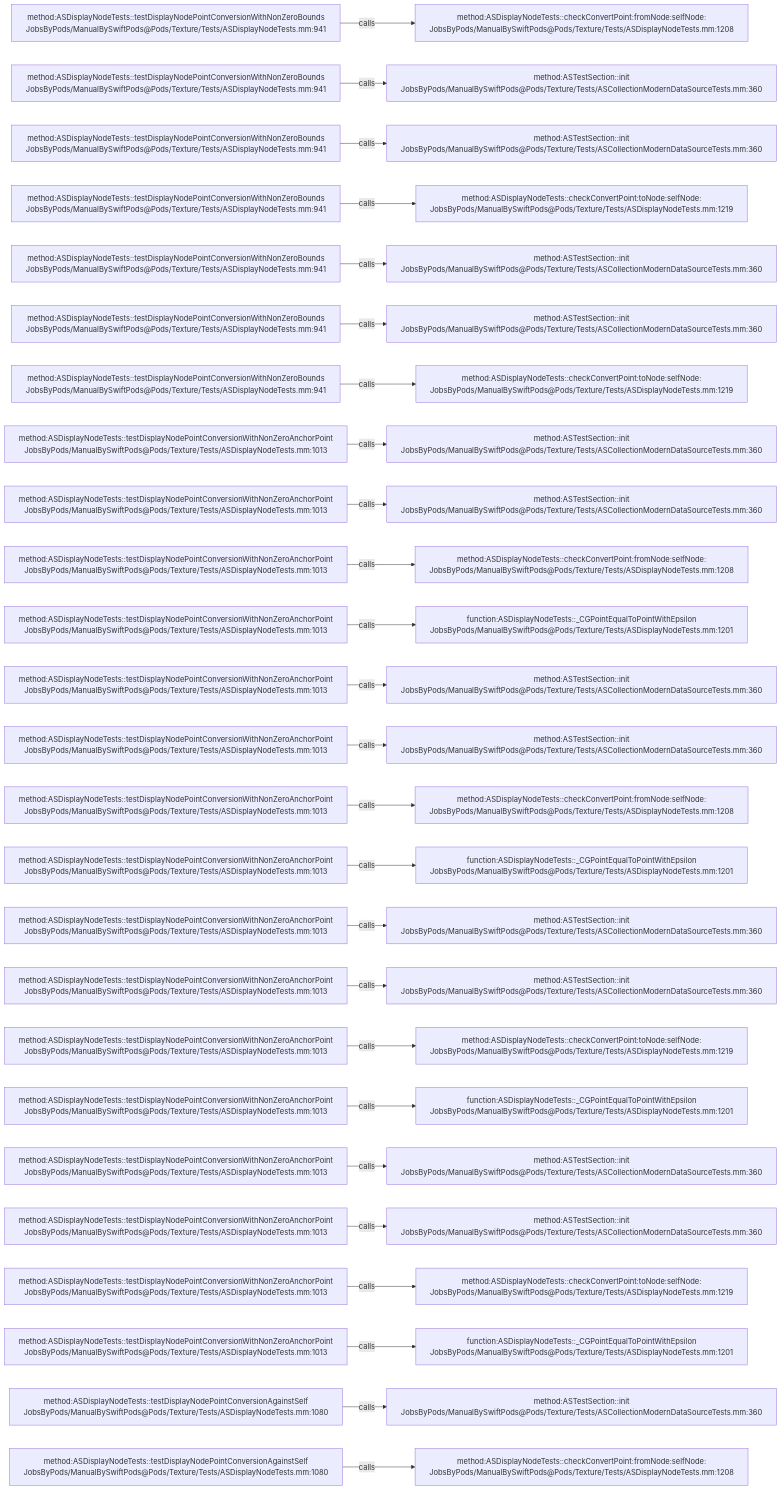
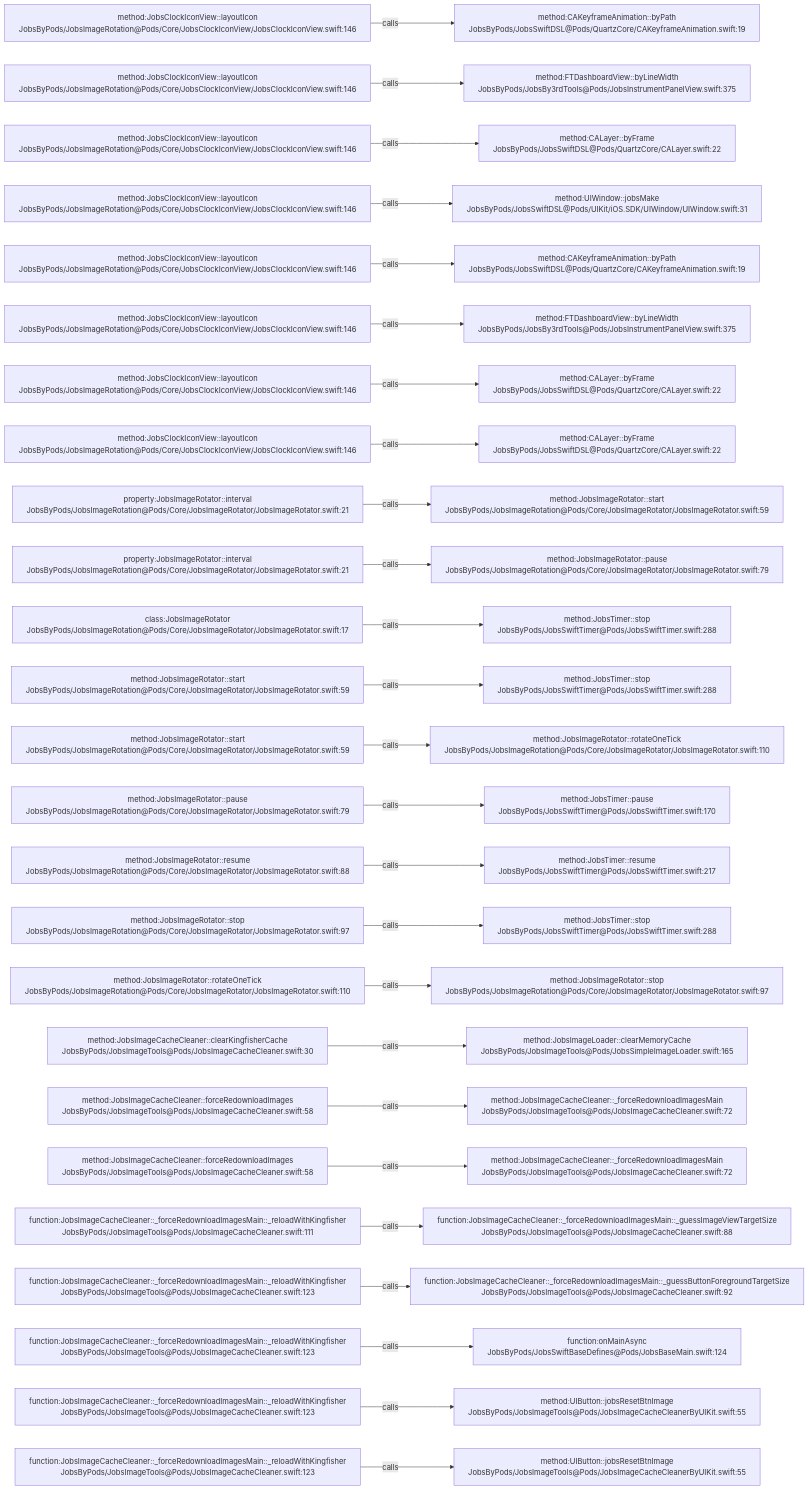
One commit to JobsKits/JobsSwiftBaseConfigDemo changed the diagram in .codegraph/codegraph.md/graphs/calls-189.md. Above: the diagram before and after it, drawn with Mermaid. The commit also changed 224 other files, not shown here.

````diff
--- a/.codegraph/codegraph.md/graphs/calls-189.md
+++ b/.codegraph/codegraph.md/graphs/calls-189.md
@@ -13,78 +13,78 @@
 ```mermaid
 flowchart LR
-  S1["method:ASDisplayNodeTests::testDisplayNodePointConversionWithNonZeroBounds<br/>JobsByPods/ManualBySwiftPods@Pods/Texture/Tests/ASDisplayNodeTests.mm:941"]
-  T1["method:ASDisplayNodeTests::checkConvertPoint:fromNode:selfNode:<br/>JobsByPods/ManualBySwiftPods@Pods/Texture/Tests/ASDisplayNodeTests.mm:1208"]
+  S1["method:JobsClockIconView::layoutIcon<br/>JobsByPods/JobsImageRotation@Pods/Core/JobsClockIconView/JobsClockIconView.swift:146"]
+  T1["method:CAKeyframeAnimation::byPath<br/>JobsByPods/JobsSwiftDSL@Pods/QuartzCore/CAKeyframeAnimation.swift:19"]
   S1 -->|calls| T1
-  S2["method:ASDisplayNodeTests::testDisplayNodePointConversionWithNonZeroBounds<br/>JobsByPods/ManualBySwiftPods@Pods/Texture/Tests/ASDisplayNodeTests.mm:941"]
-  T2["method:ASTestSection::init<br/>JobsByPods/ManualBySwiftPods@Pods/Texture/Tests/ASCollectionModernDataSourceTests.mm:360"]
+  S2["method:JobsClockIconView::layoutIcon<br/>JobsByPods/JobsImageRotation@Pods/Core/JobsClockIconView/JobsClockIconView.swift:146"]
+  T2["method:FTDashboardView::byLineWidth<br/>JobsByPods/JobsBy3rdTools@Pods/JobsInstrumentPanelView.swift:375"]
   S2 -->|calls| T2
-  S3["method:ASDisplayNodeTests::testDisplayNodePointConversionWithNonZeroBounds<br/>JobsByPods/ManualBySwiftPods@Pods/Texture/Tests/ASDisplayNodeTests.mm:941"]
-  T3["method:ASTestSection::init<br/>JobsByPods/ManualBySwiftPods@Pods/Texture/Tests/ASCollectionModernDataSourceTests.mm:360"]
+  S3["method:JobsClockIconView::layoutIcon<br/>JobsByPods/JobsImageRotation@Pods/Core/JobsClockIconView/JobsClockIconView.swift:146"]
+  T3["method:CALayer::byFrame<br/>JobsByPods/JobsSwiftDSL@Pods/QuartzCore/CALayer.swift:22"]
   S3 -->|calls| T3
-  S4["method:ASDisplayNodeTests::testDisplayNodePointConversionWithNonZeroBounds<br/>JobsByPods/ManualBySwiftPods@Pods/Texture/Tests/ASDisplayNodeTests.mm:941"]
-  T4["method:ASDisplayNodeTests::checkConvertPoint:toNode:selfNode:<br/>JobsByPods/ManualBySwiftPods@Pods/Texture/Tests/ASDisplayNodeTests.mm:1219"]
+  S4["method:JobsClockIconView::layoutIcon<br/>JobsByPods/JobsImageRotation@Pods/Core/JobsClockIconView/JobsClockIconView.swift:146"]
+  T4["method:UIWindow::jobsMake<br/>JobsByPods/JobsSwiftDSL@Pods/UIKit/iOS.SDK/UIWindow/UIWindow.swift:31"]
   S4 -->|calls| T4
-  S5["method:ASDisplayNodeTests::testDisplayNodePointConversionWithNonZeroBounds<br/>JobsByPods/ManualBySwiftPods@Pods/Texture/Tests/ASDisplayNodeTests.mm:941"]
-  T5["method:ASTestSection::init<br/>JobsByPods/ManualBySwiftPods@Pods/Texture/Tests/ASCollectionModernDataSourceTests.mm:360"]
+  S5["method:JobsClockIconView::layoutIcon<br/>JobsByPods/JobsImageRotation@Pods/Core/JobsClockIconView/JobsClockIconView.swift:146"]
+  T5["method:CAKeyframeAnimation::byPath<br/>JobsByPods/JobsSwiftDSL@Pods/QuartzCore/CAKeyframeAnimation.swift:19"]
   S5 -->|calls| T5
-  S6["method:ASDisplayNodeTests::testDisplayNodePointConversionWithNonZeroBounds<br/>JobsByPods/ManualBySwiftPods@Pods/Texture/Tests/ASDisplayNodeTests.mm:941"]
-  T6["method:ASTestSection::init<br/>JobsByPods/ManualBySwiftPods@Pods/Texture/Tests/ASCollectionModernDataSourceTests.mm:360"]
+  S6["method:JobsClockIconView::layoutIcon<br/>JobsByPods/JobsImageRotation@Pods/Core/JobsClockIconView/JobsClockIconView.swift:146"]
+  T6["method:FTDashboardView::byLineWidth<br/>JobsByPods/JobsBy3rdTools@Pods/JobsInstrumentPanelView.swift:375"]
   S6 -->|calls| T6
-  S7["method:ASDisplayNodeTests::testDisplayNodePointConversionWithNonZeroBounds<br/>JobsByPods/ManualBySwiftPods@Pods/Texture/Tests/ASDisplayNodeTests.mm:941"]
-  T7["method:ASDisplayNodeTests::checkConvertPoint:toNode:selfNode:<br/>JobsByPods/ManualBySwiftPods@Pods/Texture/Tests/ASDisplayNodeTests.mm:1219"]
+  S7["method:JobsClockIconView::layoutIcon<br/>JobsByPods/JobsImageRotation@Pods/Core/JobsClockIconView/JobsClockIconView.swift:146"]
+  T7["method:CALayer::byFrame<br/>JobsByPods/JobsSwiftDSL@Pods/QuartzCore/CALayer.swift:22"]
   S7 -->|calls| T7
-  S8["method:ASDisplayNodeTests::testDisplayNodePointConversionWithNonZeroAnchorPoint<br/>JobsByPods/ManualBySwiftPods@Pods/Texture/Tests/ASDisplayNodeTests.mm:1013"]
-  T8["method:ASTestSection::init<br/>JobsByPods/ManualBySwiftPods@Pods/Texture/Tests/ASCollectionModernDataSourceTests.mm:360"]
+  S8["method:JobsClockIconView::layoutIcon<br/>JobsByPods/JobsImageRotation@Pods/Core/JobsClockIconView/JobsClockIconView.swift:146"]
+  T8["method:CALayer::byFrame<br/>JobsByPods/JobsSwiftDSL@Pods/QuartzCore/CALayer.swift:22"]
   S8 -->|calls| T8
-  S9["method:ASDisplayNodeTests::testDisplayNodePointConversionWithNonZeroAnchorPoint<br/>JobsByPods/ManualBySwiftPods@Pods/Texture/Tests/ASDisplayNodeTests.mm:1013"]
-  T9["method:ASTestSection::init<br/>JobsByPods/ManualBySwiftPods@Pods/Texture/Tests/ASCollectionModernDataSourceTests.mm:360"]
+  S9["property:JobsImageRotator::interval<br/>JobsByPods/JobsImageRotation@Pods/Core/JobsImageRotator/JobsImageRotator.swift:21"]
+  T9["method:JobsImageRotator::start<br/>JobsByPods/JobsImageRotation@Pods/Core/JobsImageRotator/JobsImageRotator.swift:59"]
   S9 -->|calls| T9
-  S10["method:ASDisplayNodeTests::testDisplayNodePointConversionWithNonZeroAnchorPoint<br/>JobsByPods/ManualBySwiftPods@Pods/Texture/Tests/ASDisplayNodeTests.mm:1013"]
-  T10["method:ASDisplayNodeTests::checkConvertPoint:fromNode:selfNode:<br/>JobsByPods/ManualBySwiftPods@Pods/Texture/Tests/ASDisplayNodeTests.mm:1208"]
+  S10["property:JobsImageRotator::interval<br/>JobsByPods/JobsImageRotation@Pods/Core/JobsImageRotator/JobsImageRotator.swift:21"]
+  T10["method:JobsImageRotator::pause<br/>JobsByPods/JobsImageRotation@Pods/Core/JobsImageRotator/JobsImageRotator.swift:79"]
   S10 -->|calls| T10
-  S11["method:ASDisplayNodeTests::testDisplayNodePointConversionWithNonZeroAnchorPoint<br/>JobsByPods/ManualBySwiftPods@Pods/Texture/Tests/ASDisplayNodeTests.mm:1013"]
-  T11["function:ASDisplayNodeTests::_CGPointEqualToPointWithEpsilon<br/>JobsByPods/ManualBySwiftPods@Pods/Texture/Tests/ASDisplayNodeTests.mm:1201"]
+  S11["class:JobsImageRotator<br/>JobsByPods/JobsImageRotation@Pods/Core/JobsImageRotator/JobsImageRotator.swift:17"]
+  T11["method:JobsTimer::stop<br/>JobsByPods/JobsSwiftTimer@Pods/JobsSwiftTimer.swift:288"]
   S11 -->|calls| T11
-  S12["method:ASDisplayNodeTests::testDisplayNodePointConversionWithNonZeroAnchorPoint<br/>JobsByPods/ManualBySwiftPods@Pods/Texture/Tests/ASDisplayNodeTests.mm:1013"]
-  T12["method:ASTestSection::init<br/>JobsByPods/ManualBySwiftPods@Pods/Texture/Tests/ASCollectionModernDataSourceTests.mm:360"]
+  S12["method:JobsImageRotator::start<br/>JobsByPods/JobsImageRotation@Pods/Core/JobsImageRotator/JobsImageRotator.swift:59"]
+  T12["method:JobsTimer::stop<br/>JobsByPods/JobsSwiftTimer@Pods/JobsSwiftTimer.swift:288"]
   S12 -->|calls| T12
-  S13["method:ASDisplayNodeTests::testDisplayNodePointConversionWithNonZeroAnchorPoint<br/>JobsByPods/ManualBySwiftPods@Pods/Texture/Tests/ASDisplayNodeTests.mm:1013"]
-  T13["method:ASTestSection::init<br/>JobsByPods/ManualBySwiftPods@Pods/Texture/Tests/ASCollectionModernDataSourceTests.mm:360"]
+  S13["method:JobsImageRotator::start<br/>JobsByPods/JobsImageRotation@Pods/Core/JobsImageRotator/JobsImageRotator.swift:59"]
+  T13["method:JobsImageRotator::rotateOneTick<br/>JobsByPods/JobsImageRotation@Pods/Core/JobsImageRotator/JobsImageRotator.swift:110"]
   S13 -->|calls| T13
-  S14["method:ASDisplayNodeTests::testDisplayNodePointConversionWithNonZeroAnchorPoint<br/>JobsByPods/ManualBySwiftPods@Pods/Texture/Tests/ASDisplayNodeTests.mm:1013"]
-  T14["method:ASDisplayNodeTests::checkConvertPoint:fromNode:selfNode:<br/>JobsByPods/ManualBySwiftPods@Pods/Texture/Tests/ASDisplayNodeTests.mm:1208"]
+  S14["method:JobsImageRotator::pause<br/>JobsByPods/JobsImageRotation@Pods/Core/JobsImageRotator/JobsImageRotator.swift:79"]
+  T14["method:JobsTimer::pause<br/>JobsByPods/JobsSwiftTimer@Pods/JobsSwiftTimer.swift:170"]
   S14 -->|calls| T14
-  S15["method:ASDisplayNodeTests::testDisplayNodePointConversionWithNonZeroAnchorPoint<br/>JobsByPods/ManualBySwiftPods@Pods/Texture/Tests/ASDisplayNodeTests.mm:1013"]
-  T15["function:ASDisplayNodeTests::_CGPointEqualToPointWithEpsilon<br/>JobsByPods/ManualBySwiftPods@Pods/Texture/Tests/ASDisplayNodeTests.mm:1201"]
+  S15["method:JobsImageRotator::resume<br/>JobsByPods/JobsImageRotation@Pods/Core/JobsImageRotator/JobsImageRotator.swift:88"]
+  T15["method:JobsTimer::resume<br/>JobsByPods/JobsSwiftTimer@Pods/JobsSwiftTimer.swift:217"]
   S15 -->|calls| T15
-  S16["method:ASDisplayNodeTests::testDisplayNodePointConversionWithNonZeroAnchorPoint<br/>JobsByPods/ManualBySwiftPods@Pods/Texture/Tests/ASDisplayNodeTests.mm:1013"]
-  T16["method:ASTestSection::init<br/>JobsByPods/ManualBySwiftPods@Pods/Texture/Tests/ASCollectionModernDataSourceTests.mm:360"]
+  S16["method:JobsImageRotator::stop<br/>JobsByPods/JobsImageRotation@Pods/Core/JobsImageRotator/JobsImageRotator.swift:97"]
+  T16["method:JobsTimer::stop<br/>JobsByPods/JobsSwiftTimer@Pods/JobsSwiftTimer.swift:288"]
   S16 -->|calls| T16
-  S17["method:ASDisplayNodeTests::testDisplayNodePointConversionWithNonZeroAnchorPoint<br/>JobsByPods/ManualBySwiftPods@Pods/Texture/Tests/ASDisplayNodeTests.mm:1013"]
-  T17["method:ASTestSection::init<br/>JobsByPods/ManualBySwiftPods@Pods/Texture/Tests/ASCollectionModernDataSourceTests.mm:360"]
+  S17["method:JobsImageRotator::rotateOneTick<br/>JobsByPods/JobsImageRotation@Pods/Core/JobsImageRotator/JobsImageRotator.swift:110"]
+  T17["method:JobsImageRotator::stop<br/>JobsByPods/JobsImageRotation@Pods/Core/JobsImageRotator/JobsImageRotator.swift:97"]
   S17 -->|calls| T17
-  S18["method:ASDisplayNodeTests::testDisplayNodePointConversionWithNonZeroAnchorPoint<br/>JobsByPods/ManualBySwiftPods@Pods/Texture/Tests/ASDisplayNodeTests.mm:1013"]
-  T18["method:ASDisplayNodeTests::checkConvertPoint:toNode:selfNode:<br/>JobsByPods/ManualBySwiftPods@Pods/Texture/Tests/ASDisplayNodeTests.mm:1219"]
+  S18["method:JobsImageCacheCleaner::clearKingfisherCache<br/>JobsByPods/JobsImageTools@Pods/JobsImageCacheCleaner.swift:30"]
+  T18["method:JobsImageLoader::clearMemoryCache<br/>JobsByPods/JobsImageTools@Pods/JobsSimpleImageLoader.swift:165"]
   S18 -->|calls| T18
-  S19["method:ASDisplayNodeTests::testDisplayNodePointConversionWithNonZeroAnchorPoint<br/>JobsByPods/ManualBySwiftPods@Pods/Texture/Tests/ASDisplayNodeTests.mm:1013"]
-  T19["function:ASDisplayNodeTests::_CGPointEqualToPointWithEpsilon<br/>JobsByPods/ManualBySwiftPods@Pods/Texture/Tests/ASDisplayNodeTests.mm:1201"]
+  S19["method:JobsImageCacheCleaner::forceRedownloadImages<br/>JobsByPods/JobsImageTools@Pods/JobsImageCacheCleaner.swift:58"]
+  T19["method:JobsImageCacheCleaner::_forceRedownloadImagesMain<br/>JobsByPods/JobsImageTools@Pods/JobsImageCacheCleaner.swift:72"]
   S19 -->|calls| T19
-  S20["method:ASDisplayNodeTests::testDisplayNodePointConversionWithNonZeroAnchorPoint<br/>JobsByPods/ManualBySwiftPods@Pods/Texture/Tests/ASDisplayNodeTests.mm:1013"]
-  T20["method:ASTestSection::init<br/>JobsByPods/ManualBySwiftPods@Pods/Texture/Tests/ASCollectionModernDataSourceTests.mm:360"]
+  S20["method:JobsImageCacheCleaner::forceRedownloadImages<br/>JobsByPods/JobsImageTools@Pods/JobsImageCacheCleaner.swift:58"]
+  T20["method:JobsImageCacheCleaner::_forceRedownloadImagesMain<br/>JobsByPods/JobsImageTools@Pods/JobsImageCacheCleaner.swift:72"]
   S20 -->|calls| T20
-  S21["method:ASDisplayNodeTests::testDisplayNodePointConversionWithNonZeroAnchorPoint<br/>JobsByPods/ManualBySwiftPods@Pods/Texture/Tests/ASDisplayNodeTests.mm:1013"]
-  T21["method:ASTestSection::init<br/>JobsByPods/ManualBySwiftPods@Pods/Texture/Tests/ASCollectionModernDataSourceTests.mm:360"]
+  S21["function:JobsImageCacheCleaner::_forceRedownloadImagesMain::_reloadWithKingfisher<br/>JobsByPods/JobsImageTools@Pods/JobsImageCacheCleaner.swift:111"]
+  T21["function:JobsImageCacheCleaner::_forceRedownloadImagesMain::_guessImageViewTargetSize<br/>JobsByPods/JobsImageTools@Pods/JobsImageCacheCleaner.swift:88"]
   S21 -->|calls| T21
-  S22["method:ASDisplayNodeTests::testDisplayNodePointConversionWithNonZeroAnchorPoint<br/>JobsByPods/ManualBySwiftPods@Pods/Texture/Tests/ASDisplayNodeTests.mm:1013"]
-  T22["method:ASDisplayNodeTests::checkConvertPoint:toNode:selfNode:<br/>JobsByPods/ManualBySwiftPods@Pods/Texture/Tests/ASDisplayNodeTests.mm:1219"]
+  S22["function:JobsImageCacheCleaner::_forceRedownloadImagesMain::_reloadWithKingfisher<br/>JobsByPods/JobsImageTools@Pods/JobsImageCacheCleaner.swift:123"]
+  T22["function:JobsImageCacheCleaner::_forceRedownloadImagesMain::_guessButtonForegroundTargetSize<br/>JobsByPods/JobsImageTools@Pods/JobsImageCacheCleaner.swift:92"]
   S22 -->|calls| T22
-  S23["method:ASDisplayNodeTests::testDisplayNodePointConversionWithNonZeroAnchorPoint<br/>JobsByPods/ManualBySwiftPods@Pods/Texture/Tests/ASDisplayNodeTests.mm:1013"]
-  T23["function:ASDisplayNodeTests::_CGPointEqualToPointWithEpsilon<br/>JobsByPods/ManualBySwiftPods@Pods/Texture/Tests/ASDisplayNodeTests.mm:1201"]
+  S23["function:JobsImageCacheCleaner::_forceRedownloadImagesMain::_reloadWithKingfisher<br/>JobsByPods/JobsImageTools@Pods/JobsImageCacheCleaner.swift:123"]
+  T23["function:onMainAsync<br/>JobsByPods/JobsSwiftBaseDefines@Pods/JobsBaseMain.swift:124"]
   S23 -->|calls| T23
-  S24["method:ASDisplayNodeTests::testDisplayNodePointConversionAgainstSelf<br/>JobsByPods/ManualBySwiftPods@Pods/Texture/Tests/ASDisplayNodeTests.mm:1080"]
-  T24["method:ASTestSection::init<br/>JobsByPods/ManualBySwiftPods@Pods/Texture/Tests/ASCollectionModernDataSourceTests.mm:360"]
+  S24["function:JobsImageCacheCleaner::_forceRedownloadImagesMain::_reloadWithKingfisher<br/>JobsByPods/JobsImageTools@Pods/JobsImageCacheCleaner.swift:123"]
+  T24["method:UIButton::jobsResetBtnImage<br/>JobsByPods/JobsImageTools@Pods/JobsImageCacheCleanerByUIKit.swift:55"]
   S24 -->|calls| T24
-  S25["method:ASDisplayNodeTests::testDisplayNodePointConversionAgainstSelf<br/>JobsByPods/ManualBySwiftPods@Pods/Texture/Tests/ASDisplayNodeTests.mm:1080"]
-  T25["method:ASDisplayNodeTests::checkConvertPoint:fromNode:selfNode:<br/>JobsByPods/ManualBySwiftPods@Pods/Texture/Tests/ASDisplayNodeTests.mm:1208"]
+  S25["function:JobsImageCacheCleaner::_forceRedownloadImagesMain::_reloadWithKingfisher<br/>JobsByPods/JobsImageTools@Pods/JobsImageCacheCleaner.swift:123"]
+  T25["method:UIButton::jobsResetBtnImage<br/>JobsByPods/JobsImageTools@Pods/JobsImageCacheCleanerByUIKit.swift:55"]
   S25 -->|calls| T25
 ```
````
